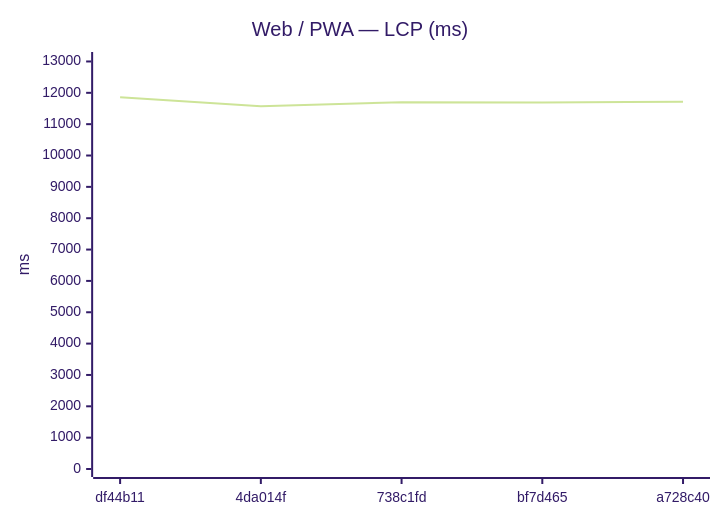
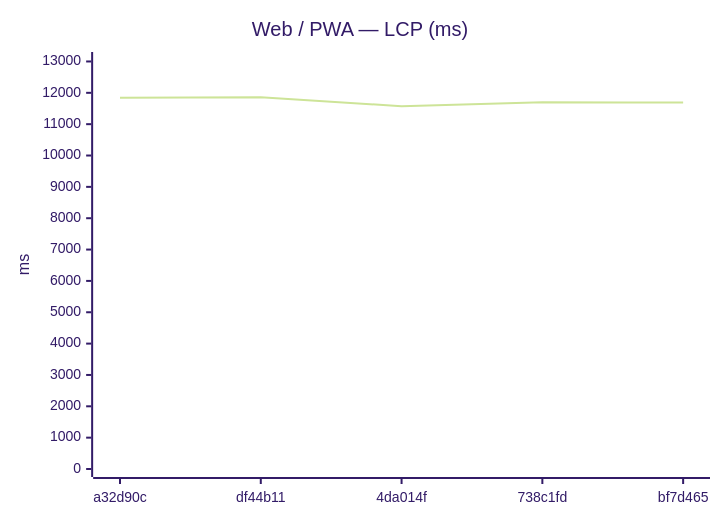
The ninth of 24 diagrams in benchmarks/compare.md (Metaheurist/Rianell), drawn with Mermaid (forest theme) before and after one commit. The commit also changed other lines of this file and 12 other files, not shown here.

````diff
--- a/benchmarks/compare.md
+++ b/benchmarks/compare.md
@@ -144,7 +144,7 @@
 ```mermaid
 xychart-beta
     title "Web / PWA — LCP (ms)"
-    x-axis ["df44b11", "4da014f", "738c1fd", "bf7d465", "a728c40"]
+    x-axis ["a32d90c", "df44b11", "4da014f", "738c1fd", "bf7d465"]
     y-axis "ms" 0 --> 13047
-    line [11860, 11572, 11701, 11691, 11716]
+    line [11845, 11860, 11572, 11701, 11691]
 ```
````
